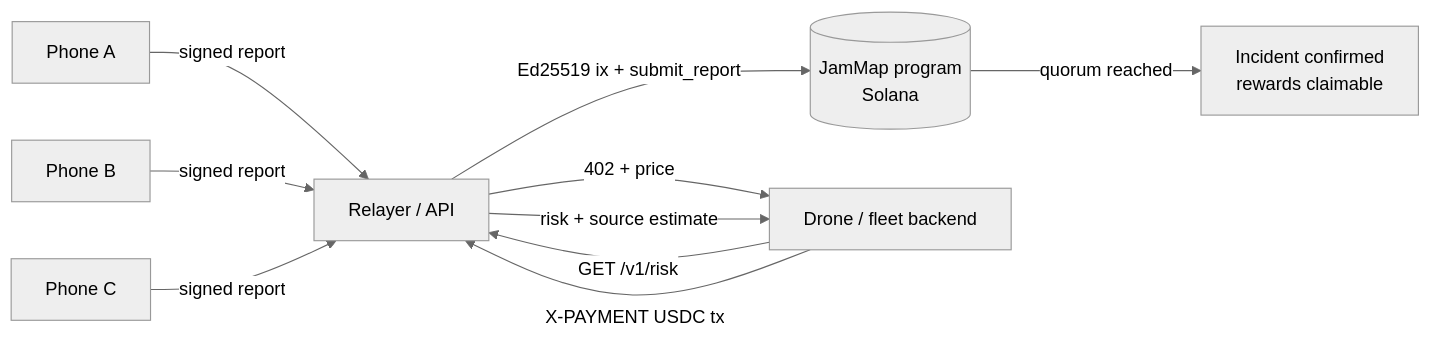
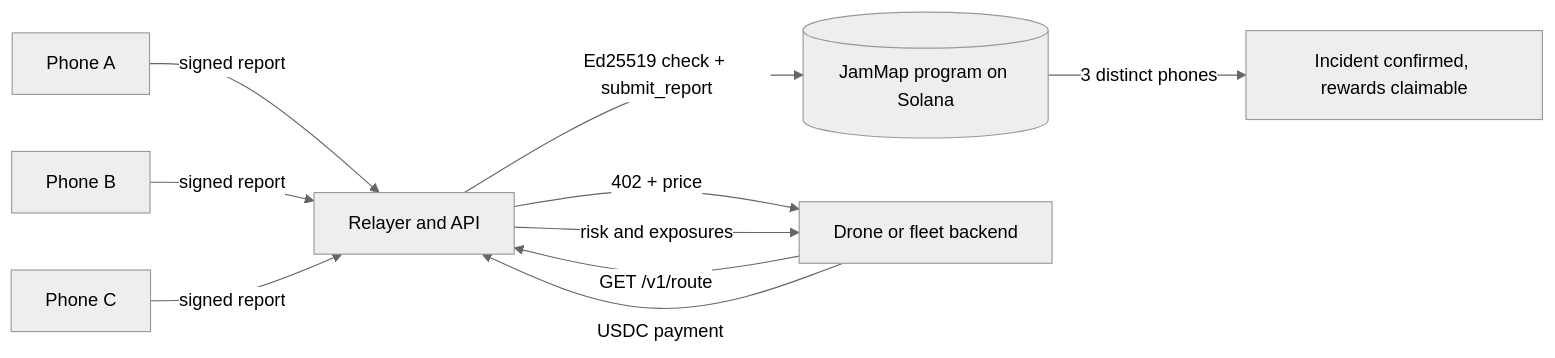
One commit to arna0/jammap changed the diagram in README.md. Above: the diagram before and after it, drawn with Mermaid (neutral theme). The commit also changed other lines of this file and 10 other files, not shown here.

First line of the commit message:
Redesign dashboard, add route check and incident evidence

````diff
--- a/README.md
+++ b/README.md
@@ -32,12 +44,12 @@
 ```mermaid
 flowchart LR
-  P1[Phone A] -- signed report --> R[Relayer / API]
+  P1[Phone A] -- signed report --> R[Relayer and API]
   P2[Phone B] -- signed report --> R
   P3[Phone C] -- signed report --> R
-  R -- Ed25519 ix + submit_report --> S[(JamMap program\nSolana)]
-  S -- quorum reached --> I[Incident confirmed\nrewards claimable]
-  B[Drone / fleet backend] -- GET /v1/risk --> R
+  R -- Ed25519 check + submit_report --> S[(JamMap program on Solana)]
+  S -- 3 distinct phones --> I[Incident confirmed, rewards claimable]
+  B[Drone or fleet backend] -- GET /v1/route --> R
   R -- 402 + price --> B
-  B -- X-PAYMENT USDC tx --> R
-  R -- risk + source estimate --> B
+  B -- USDC payment --> R
+  R -- risk and exposures --> B
 ```
````
